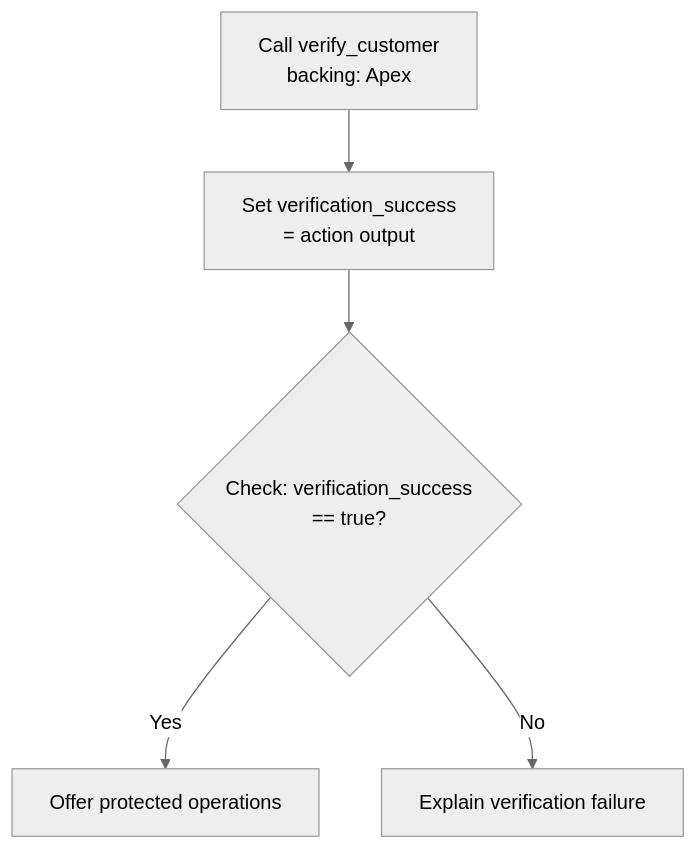
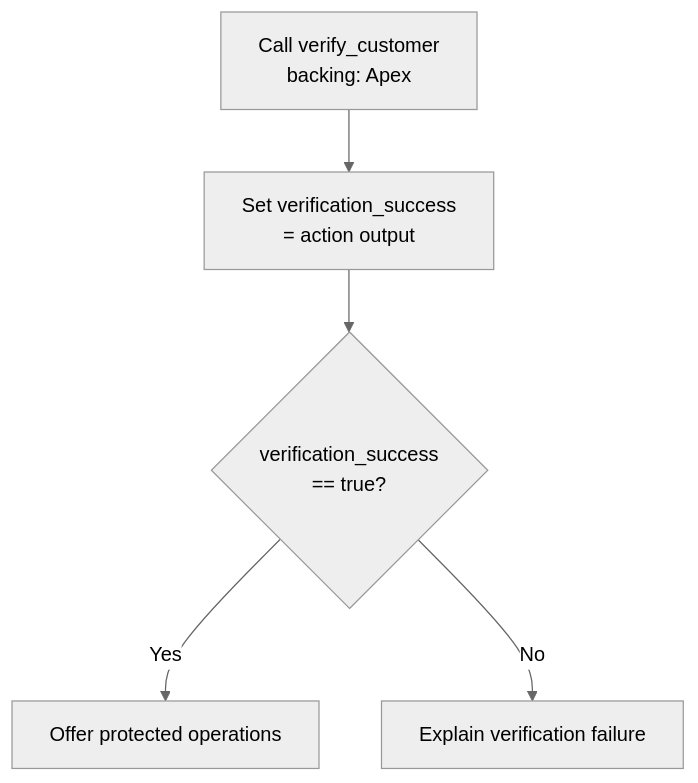
One commit to willow-marketplace/innovid changed the ninth of 12 diagrams in plugins/agentforce-adlc/skills/agentforce-generate/references/agent-subagent-map-diagrams.md. Above: the diagram before and after it, drawn with Mermaid. The commit also changed other lines of this file and 5968 other files, not shown here.

````diff
--- a/plugins/agentforce-adlc/skills/agentforce-generate/references/agent-subagent-map-diagrams.md
+++ b/plugins/agentforce-adlc/skills/agentforce-generate/references/agent-subagent-map-diagrams.md
@@ -182,9 +189,9 @@
 ```mermaid
 %%{init: {'theme':'neutral'}}%%
 graph TD
     A[Call verify_customer<br/>backing: Apex]
     A --> B[Set verification_success<br/>= action output]
-    B --> C{Check: verification_success<br/>== true?}
+    B --> C{verification_success<br/>== true?}
     C -->|Yes| D[Offer protected operations]
     C -->|No| E[Explain verification failure]
 ```
````
